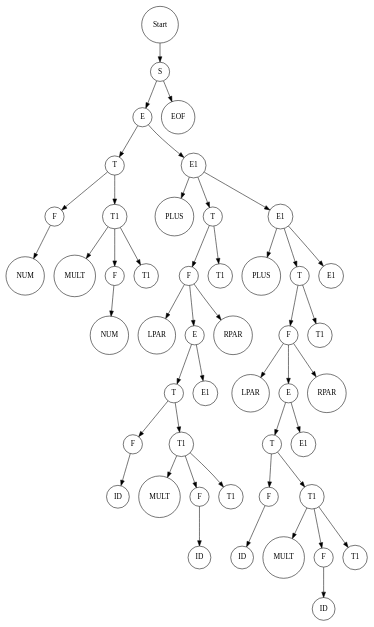
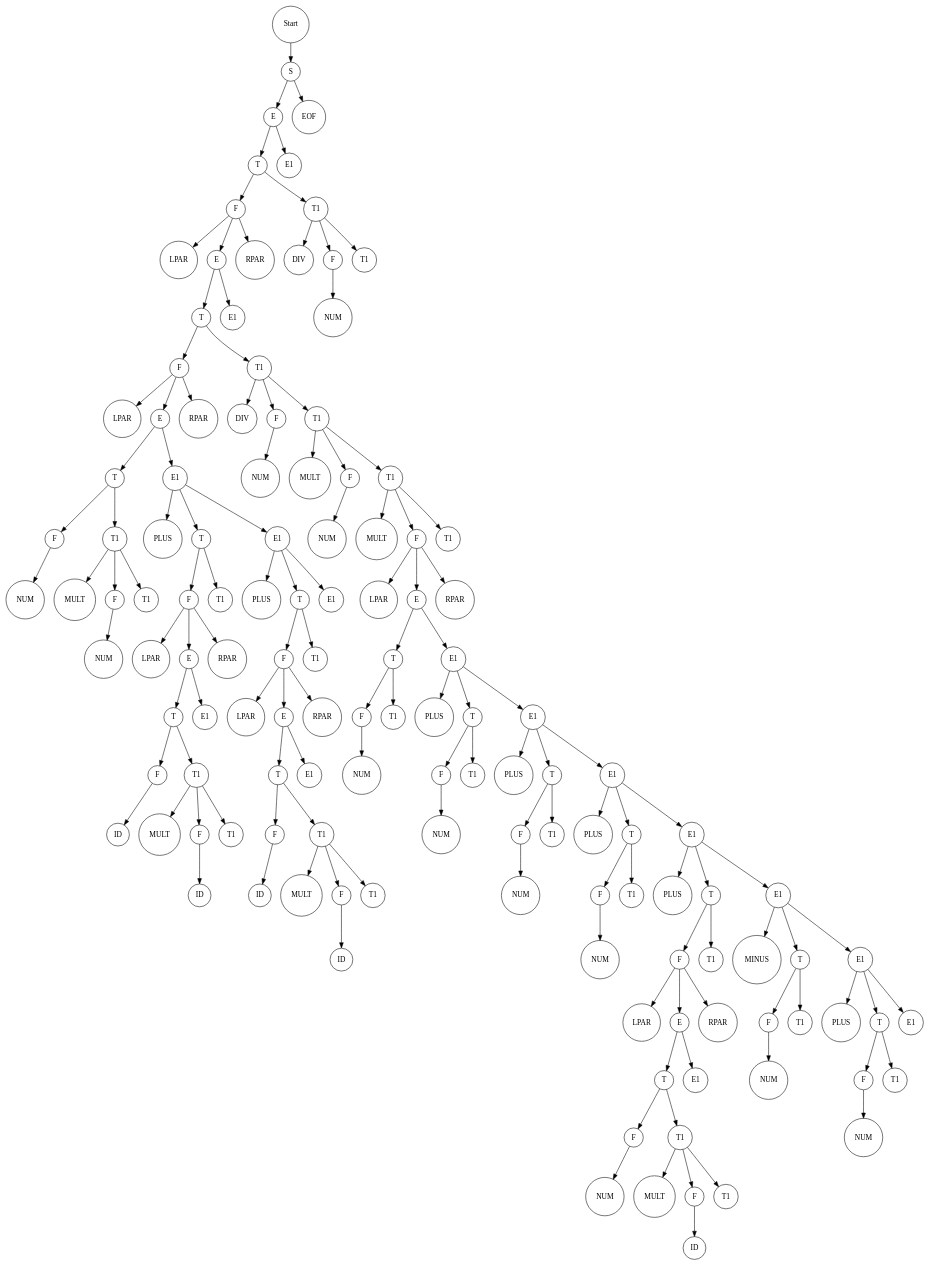
The diagram in tree.dot (GH120/JS-Compiler), drawn with Graphviz before and after one commit. The commit also changed 6 other files, not shown here.

```diff
--- a/tree.dot
+++ b/tree.dot
@@ -10,11 +10,247 @@
   node0_0_0 -> node0_0_0_0;
   node0_0_0_0_0 [label="F"];
   node0_0_0_0 -> node0_0_0_0_0;
-  node0_0_0_0_0_0 [label="NUM"];
+  node0_0_0_0_0_0 [label="LPAR"];
   node0_0_0_0_0 -> node0_0_0_0_0_0;
+  node0_0_0_0_0_1 [label="E"];
+  node0_0_0_0_0 -> node0_0_0_0_0_1;
+  node0_0_0_0_0_1_0 [label="T"];
+  node0_0_0_0_0_1 -> node0_0_0_0_0_1_0;
+  node0_0_0_0_0_1_0_0 [label="F"];
+  node0_0_0_0_0_1_0 -> node0_0_0_0_0_1_0_0;
+  node0_0_0_0_0_1_0_0_0 [label="LPAR"];
+  node0_0_0_0_0_1_0_0 -> node0_0_0_0_0_1_0_0_0;
+  node0_0_0_0_0_1_0_0_1 [label="E"];
+  node0_0_0_0_0_1_0_0 -> node0_0_0_0_0_1_0_0_1;
+  node0_0_0_0_0_1_0_0_1_0 [label="T"];
+  node0_0_0_0_0_1_0_0_1 -> node0_0_0_0_0_1_0_0_1_0;
+  node0_0_0_0_0_1_0_0_1_0_0 [label="F"];
+  node0_0_0_0_0_1_0_0_1_0 -> node0_0_0_0_0_1_0_0_1_0_0;
+  node0_0_0_0_0_1_0_0_1_0_0_0 [label="NUM"];
+  node0_0_0_0_0_1_0_0_1_0_0 -> node0_0_0_0_0_1_0_0_1_0_0_0;
+  node0_0_0_0_0_1_0_0_1_0_1 [label="T1"];
+  node0_0_0_0_0_1_0_0_1_0 -> node0_0_0_0_0_1_0_0_1_0_1;
+  node0_0_0_0_0_1_0_0_1_0_1_0 [label="MULT"];
+  node0_0_0_0_0_1_0_0_1_0_1 -> node0_0_0_0_0_1_0_0_1_0_1_0;
+  node0_0_0_0_0_1_0_0_1_0_1_1 [label="F"];
+  node0_0_0_0_0_1_0_0_1_0_1 -> node0_0_0_0_0_1_0_0_1_0_1_1;
+  node0_0_0_0_0_1_0_0_1_0_1_1_0 [label="NUM"];
+  node0_0_0_0_0_1_0_0_1_0_1_1 -> node0_0_0_0_0_1_0_0_1_0_1_1_0;
+  node0_0_0_0_0_1_0_0_1_0_1_2 [label="T1"];
+  node0_0_0_0_0_1_0_0_1_0_1 -> node0_0_0_0_0_1_0_0_1_0_1_2;
+  node0_0_0_0_0_1_0_0_1_1 [label="E1"];
+  node0_0_0_0_0_1_0_0_1 -> node0_0_0_0_0_1_0_0_1_1;
+  node0_0_0_0_0_1_0_0_1_1_0 [label="PLUS"];
+  node0_0_0_0_0_1_0_0_1_1 -> node0_0_0_0_0_1_0_0_1_1_0;
+  node0_0_0_0_0_1_0_0_1_1_1 [label="T"];
+  node0_0_0_0_0_1_0_0_1_1 -> node0_0_0_0_0_1_0_0_1_1_1;
+  node0_0_0_0_0_1_0_0_1_1_1_0 [label="F"];
+  node0_0_0_0_0_1_0_0_1_1_1 -> node0_0_0_0_0_1_0_0_1_1_1_0;
+  node0_0_0_0_0_1_0_0_1_1_1_0_0 [label="LPAR"];
+  node0_0_0_0_0_1_0_0_1_1_1_0 -> node0_0_0_0_0_1_0_0_1_1_1_0_0;
+  node0_0_0_0_0_1_0_0_1_1_1_0_1 [label="E"];
+  node0_0_0_0_0_1_0_0_1_1_1_0 -> node0_0_0_0_0_1_0_0_1_1_1_0_1;
+  node0_0_0_0_0_1_0_0_1_1_1_0_1_0 [label="T"];
+  node0_0_0_0_0_1_0_0_1_1_1_0_1 -> node0_0_0_0_0_1_0_0_1_1_1_0_1_0;
+  node0_0_0_0_0_1_0_0_1_1_1_0_1_0_0 [label="F"];
+  node0_0_0_0_0_1_0_0_1_1_1_0_1_0 -> node0_0_0_0_0_1_0_0_1_1_1_0_1_0_0;
+  node0_0_0_0_0_1_0_0_1_1_1_0_1_0_0_0 [label="ID"];
+  node0_0_0_0_0_1_0_0_1_1_1_0_1_0_0 -> node0_0_0_0_0_1_0_0_1_1_1_0_1_0_0_0;
+  node0_0_0_0_0_1_0_0_1_1_1_0_1_0_1 [label="T1"];
+  node0_0_0_0_0_1_0_0_1_1_1_0_1_0 -> node0_0_0_0_0_1_0_0_1_1_1_0_1_0_1;
+  node0_0_0_0_0_1_0_0_1_1_1_0_1_0_1_0 [label="MULT"];
+  node0_0_0_0_0_1_0_0_1_1_1_0_1_0_1 -> node0_0_0_0_0_1_0_0_1_1_1_0_1_0_1_0;
+  node0_0_0_0_0_1_0_0_1_1_1_0_1_0_1_1 [label="F"];
+  node0_0_0_0_0_1_0_0_1_1_1_0_1_0_1 -> node0_0_0_0_0_1_0_0_1_1_1_0_1_0_1_1;
+  node0_0_0_0_0_1_0_0_1_1_1_0_1_0_1_1_0 [label="ID"];
+  node0_0_0_0_0_1_0_0_1_1_1_0_1_0_1_1 -> node0_0_0_0_0_1_0_0_1_1_1_0_1_0_1_1_0;
+  node0_0_0_0_0_1_0_0_1_1_1_0_1_0_1_2 [label="T1"];
+  node0_0_0_0_0_1_0_0_1_1_1_0_1_0_1 -> node0_0_0_0_0_1_0_0_1_1_1_0_1_0_1_2;
+  node0_0_0_0_0_1_0_0_1_1_1_0_1_1 [label="E1"];
+  node0_0_0_0_0_1_0_0_1_1_1_0_1 -> node0_0_0_0_0_1_0_0_1_1_1_0_1_1;
+  node0_0_0_0_0_1_0_0_1_1_1_0_2 [label="RPAR"];
+  node0_0_0_0_0_1_0_0_1_1_1_0 -> node0_0_0_0_0_1_0_0_1_1_1_0_2;
+  node0_0_0_0_0_1_0_0_1_1_1_1 [label="T1"];
+  node0_0_0_0_0_1_0_0_1_1_1 -> node0_0_0_0_0_1_0_0_1_1_1_1;
+  node0_0_0_0_0_1_0_0_1_1_2 [label="E1"];
+  node0_0_0_0_0_1_0_0_1_1 -> node0_0_0_0_0_1_0_0_1_1_2;
+  node0_0_0_0_0_1_0_0_1_1_2_0 [label="PLUS"];
+  node0_0_0_0_0_1_0_0_1_1_2 -> node0_0_0_0_0_1_0_0_1_1_2_0;
+  node0_0_0_0_0_1_0_0_1_1_2_1 [label="T"];
+  node0_0_0_0_0_1_0_0_1_1_2 -> node0_0_0_0_0_1_0_0_1_1_2_1;
+  node0_0_0_0_0_1_0_0_1_1_2_1_0 [label="F"];
+  node0_0_0_0_0_1_0_0_1_1_2_1 -> node0_0_0_0_0_1_0_0_1_1_2_1_0;
+  node0_0_0_0_0_1_0_0_1_1_2_1_0_0 [label="LPAR"];
+  node0_0_0_0_0_1_0_0_1_1_2_1_0 -> node0_0_0_0_0_1_0_0_1_1_2_1_0_0;
+  node0_0_0_0_0_1_0_0_1_1_2_1_0_1 [label="E"];
+  node0_0_0_0_0_1_0_0_1_1_2_1_0 -> node0_0_0_0_0_1_0_0_1_1_2_1_0_1;
+  node0_0_0_0_0_1_0_0_1_1_2_1_0_1_0 [label="T"];
+  node0_0_0_0_0_1_0_0_1_1_2_1_0_1 -> node0_0_0_0_0_1_0_0_1_1_2_1_0_1_0;
+  node0_0_0_0_0_1_0_0_1_1_2_1_0_1_0_0 [label="F"];
+  node0_0_0_0_0_1_0_0_1_1_2_1_0_1_0 -> node0_0_0_0_0_1_0_0_1_1_2_1_0_1_0_0;
+  node0_0_0_0_0_1_0_0_1_1_2_1_0_1_0_0_0 [label="ID"];
+  node0_0_0_0_0_1_0_0_1_1_2_1_0_1_0_0 -> node0_0_0_0_0_1_0_0_1_1_2_1_0_1_0_0_0;
+  node0_0_0_0_0_1_0_0_1_1_2_1_0_1_0_1 [label="T1"];
+  node0_0_0_0_0_1_0_0_1_1_2_1_0_1_0 -> node0_0_0_0_0_1_0_0_1_1_2_1_0_1_0_1;
+  node0_0_0_0_0_1_0_0_1_1_2_1_0_1_0_1_0 [label="MULT"];
+  node0_0_0_0_0_1_0_0_1_1_2_1_0_1_0_1 -> node0_0_0_0_0_1_0_0_1_1_2_1_0_1_0_1_0;
+  node0_0_0_0_0_1_0_0_1_1_2_1_0_1_0_1_1 [label="F"];
+  node0_0_0_0_0_1_0_0_1_1_2_1_0_1_0_1 -> node0_0_0_0_0_1_0_0_1_1_2_1_0_1_0_1_1;
+  node0_0_0_0_0_1_0_0_1_1_2_1_0_1_0_1_1_0 [label="ID"];
+  node0_0_0_0_0_1_0_0_1_1_2_1_0_1_0_1_1 -> node0_0_0_0_0_1_0_0_1_1_2_1_0_1_0_1_1_0;
+  node0_0_0_0_0_1_0_0_1_1_2_1_0_1_0_1_2 [label="T1"];
+  node0_0_0_0_0_1_0_0_1_1_2_1_0_1_0_1 -> node0_0_0_0_0_1_0_0_1_1_2_1_0_1_0_1_2;
+  node0_0_0_0_0_1_0_0_1_1_2_1_0_1_1 [label="E1"];
+  node0_0_0_0_0_1_0_0_1_1_2_1_0_1 -> node0_0_0_0_0_1_0_0_1_1_2_1_0_1_1;
+  node0_0_0_0_0_1_0_0_1_1_2_1_0_2 [label="RPAR"];
+  node0_0_0_0_0_1_0_0_1_1_2_1_0 -> node0_0_0_0_0_1_0_0_1_1_2_1_0_2;
+  node0_0_0_0_0_1_0_0_1_1_2_1_1 [label="T1"];
+  node0_0_0_0_0_1_0_0_1_1_2_1 -> node0_0_0_0_0_1_0_0_1_1_2_1_1;
+  node0_0_0_0_0_1_0_0_1_1_2_2 [label="E1"];
+  node0_0_0_0_0_1_0_0_1_1_2 -> node0_0_0_0_0_1_0_0_1_1_2_2;
+  node0_0_0_0_0_1_0_0_2 [label="RPAR"];
+  node0_0_0_0_0_1_0_0 -> node0_0_0_0_0_1_0_0_2;
+  node0_0_0_0_0_1_0_1 [label="T1"];
+  node0_0_0_0_0_1_0 -> node0_0_0_0_0_1_0_1;
+  node0_0_0_0_0_1_0_1_0 [label="DIV"];
+  node0_0_0_0_0_1_0_1 -> node0_0_0_0_0_1_0_1_0;
+  node0_0_0_0_0_1_0_1_1 [label="F"];
+  node0_0_0_0_0_1_0_1 -> node0_0_0_0_0_1_0_1_1;
+  node0_0_0_0_0_1_0_1_1_0 [label="NUM"];
+  node0_0_0_0_0_1_0_1_1 -> node0_0_0_0_0_1_0_1_1_0;
+  node0_0_0_0_0_1_0_1_2 [label="T1"];
+  node0_0_0_0_0_1_0_1 -> node0_0_0_0_0_1_0_1_2;
+  node0_0_0_0_0_1_0_1_2_0 [label="MULT"];
+  node0_0_0_0_0_1_0_1_2 -> node0_0_0_0_0_1_0_1_2_0;
+  node0_0_0_0_0_1_0_1_2_1 [label="F"];
+  node0_0_0_0_0_1_0_1_2 -> node0_0_0_0_0_1_0_1_2_1;
+  node0_0_0_0_0_1_0_1_2_1_0 [label="NUM"];
+  node0_0_0_0_0_1_0_1_2_1 -> node0_0_0_0_0_1_0_1_2_1_0;
+  node0_0_0_0_0_1_0_1_2_2 [label="T1"];
+  node0_0_0_0_0_1_0_1_2 -> node0_0_0_0_0_1_0_1_2_2;
+  node0_0_0_0_0_1_0_1_2_2_0 [label="MULT"];
+  node0_0_0_0_0_1_0_1_2_2 -> node0_0_0_0_0_1_0_1_2_2_0;
+  node0_0_0_0_0_1_0_1_2_2_1 [label="F"];
+  node0_0_0_0_0_1_0_1_2_2 -> node0_0_0_0_0_1_0_1_2_2_1;
+  node0_0_0_0_0_1_0_1_2_2_1_0 [label="LPAR"];
+  node0_0_0_0_0_1_0_1_2_2_1 -> node0_0_0_0_0_1_0_1_2_2_1_0;
+  node0_0_0_0_0_1_0_1_2_2_1_1 [label="E"];
+  node0_0_0_0_0_1_0_1_2_2_1 -> node0_0_0_0_0_1_0_1_2_2_1_1;
+  node0_0_0_0_0_1_0_1_2_2_1_1_0 [label="T"];
+  node0_0_0_0_0_1_0_1_2_2_1_1 -> node0_0_0_0_0_1_0_1_2_2_1_1_0;
+  node0_0_0_0_0_1_0_1_2_2_1_1_0_0 [label="F"];
+  node0_0_0_0_0_1_0_1_2_2_1_1_0 -> node0_0_0_0_0_1_0_1_2_2_1_1_0_0;
+  node0_0_0_0_0_1_0_1_2_2_1_1_0_0_0 [label="NUM"];
+  node0_0_0_0_0_1_0_1_2_2_1_1_0_0 -> node0_0_0_0_0_1_0_1_2_2_1_1_0_0_0;
+  node0_0_0_0_0_1_0_1_2_2_1_1_0_1 [label="T1"];
+  node0_0_0_0_0_1_0_1_2_2_1_1_0 -> node0_0_0_0_0_1_0_1_2_2_1_1_0_1;
+  node0_0_0_0_0_1_0_1_2_2_1_1_1 [label="E1"];
+  node0_0_0_0_0_1_0_1_2_2_1_1 -> node0_0_0_0_0_1_0_1_2_2_1_1_1;
+  node0_0_0_0_0_1_0_1_2_2_1_1_1_0 [label="PLUS"];
+  node0_0_0_0_0_1_0_1_2_2_1_1_1 -> node0_0_0_0_0_1_0_1_2_2_1_1_1_0;
+  node0_0_0_0_0_1_0_1_2_2_1_1_1_1 [label="T"];
+  node0_0_0_0_0_1_0_1_2_2_1_1_1 -> node0_0_0_0_0_1_0_1_2_2_1_1_1_1;
+  node0_0_0_0_0_1_0_1_2_2_1_1_1_1_0 [label="F"];
+  node0_0_0_0_0_1_0_1_2_2_1_1_1_1 -> node0_0_0_0_0_1_0_1_2_2_1_1_1_1_0;
+  node0_0_0_0_0_1_0_1_2_2_1_1_1_1_0_0 [label="NUM"];
+  node0_0_0_0_0_1_0_1_2_2_1_1_1_1_0 -> node0_0_0_0_0_1_0_1_2_2_1_1_1_1_0_0;
+  node0_0_0_0_0_1_0_1_2_2_1_1_1_1_1 [label="T1"];
+  node0_0_0_0_0_1_0_1_2_2_1_1_1_1 -> node0_0_0_0_0_1_0_1_2_2_1_1_1_1_1;
+  node0_0_0_0_0_1_0_1_2_2_1_1_1_2 [label="E1"];
+  node0_0_0_0_0_1_0_1_2_2_1_1_1 -> node0_0_0_0_0_1_0_1_2_2_1_1_1_2;
+  node0_0_0_0_0_1_0_1_2_2_1_1_1_2_0 [label="PLUS"];
+  node0_0_0_0_0_1_0_1_2_2_1_1_1_2 -> node0_0_0_0_0_1_0_1_2_2_1_1_1_2_0;
+  node0_0_0_0_0_1_0_1_2_2_1_1_1_2_1 [label="T"];
+  node0_0_0_0_0_1_0_1_2_2_1_1_1_2 -> node0_0_0_0_0_1_0_1_2_2_1_1_1_2_1;
+  node0_0_0_0_0_1_0_1_2_2_1_1_1_2_1_0 [label="F"];
+  node0_0_0_0_0_1_0_1_2_2_1_1_1_2_1 -> node0_0_0_0_0_1_0_1_2_2_1_1_1_2_1_0;
+  node0_0_0_0_0_1_0_1_2_2_1_1_1_2_1_0_0 [label="NUM"];
+  node0_0_0_0_0_1_0_1_2_2_1_1_1_2_1_0 -> node0_0_0_0_0_1_0_1_2_2_1_1_1_2_1_0_0;
+  node0_0_0_0_0_1_0_1_2_2_1_1_1_2_1_1 [label="T1"];
+  node0_0_0_0_0_1_0_1_2_2_1_1_1_2_1 -> node0_0_0_0_0_1_0_1_2_2_1_1_1_2_1_1;
+  node0_0_0_0_0_1_0_1_2_2_1_1_1_2_2 [label="E1"];
+  node0_0_0_0_0_1_0_1_2_2_1_1_1_2 -> node0_0_0_0_0_1_0_1_2_2_1_1_1_2_2;
+  node0_0_0_0_0_1_0_1_2_2_1_1_1_2_2_0 [label="PLUS"];
+  node0_0_0_0_0_1_0_1_2_2_1_1_1_2_2 -> node0_0_0_0_0_1_0_1_2_2_1_1_1_2_2_0;
+  node0_0_0_0_0_1_0_1_2_2_1_1_1_2_2_1 [label="T"];
+  node0_0_0_0_0_1_0_1_2_2_1_1_1_2_2 -> node0_0_0_0_0_1_0_1_2_2_1_1_1_2_2_1;
+  node0_0_0_0_0_1_0_1_2_2_1_1_1_2_2_1_0 [label="F"];
+  node0_0_0_0_0_1_0_1_2_2_1_1_1_2_2_1 -> node0_0_0_0_0_1_0_1_2_2_1_1_1_2_2_1_0;
+  node0_0_0_0_0_1_0_1_2_2_1_1_1_2_2_1_0_0 [label="NUM"];
+  node0_0_0_0_0_1_0_1_2_2_1_1_1_2_2_1_0 -> node0_0_0_0_0_1_0_1_2_2_1_1_1_2_2_1_0_0;
+  node0_0_0_0_0_1_0_1_2_2_1_1_1_2_2_1_1 [label="T1"];
+  node0_0_0_0_0_1_0_1_2_2_1_1_1_2_2_1 -> node0_0_0_0_0_1_0_1_2_2_1_1_1_2_2_1_1;
+  node0_0_0_0_0_1_0_1_2_2_1_1_1_2_2_2 [label="E1"];
+  node0_0_0_0_0_1_0_1_2_2_1_1_1_2_2 -> node0_0_0_0_0_1_0_1_2_2_1_1_1_2_2_2;
+  node0_0_0_0_0_1_0_1_2_2_1_1_1_2_2_2_0 [label="PLUS"];
+  node0_0_0_0_0_1_0_1_2_2_1_1_1_2_2_2 -> node0_0_0_0_0_1_0_1_2_2_1_1_1_2_2_2_0;
+  node0_0_0_0_0_1_0_1_2_2_1_1_1_2_2_2_1 [label="T"];
+  node0_0_0_0_0_1_0_1_2_2_1_1_1_2_2_2 -> node0_0_0_0_0_1_0_1_2_2_1_1_1_2_2_2_1;
+  node0_0_0_0_0_1_0_1_2_2_1_1_1_2_2_2_1_0 [label="F"];
+  node0_0_0_0_0_1_0_1_2_2_1_1_1_2_2_2_1 -> node0_0_0_0_0_1_0_1_2_2_1_1_1_2_2_2_1_0;
+  node0_0_0_0_0_1_0_1_2_2_1_1_1_2_2_2_1_0_0 [label="LPAR"];
+  node0_0_0_0_0_1_0_1_2_2_1_1_1_2_2_2_1_0 -> node0_0_0_0_0_1_0_1_2_2_1_1_1_2_2_2_1_0_0;
+  node0_0_0_0_0_1_0_1_2_2_1_1_1_2_2_2_1_0_1 [label="E"];
+  node0_0_0_0_0_1_0_1_2_2_1_1_1_2_2_2_1_0 -> node0_0_0_0_0_1_0_1_2_2_1_1_1_2_2_2_1_0_1;
+  node0_0_0_0_0_1_0_1_2_2_1_1_1_2_2_2_1_0_1_0 [label="T"];
+  node0_0_0_0_0_1_0_1_2_2_1_1_1_2_2_2_1_0_1 -> node0_0_0_0_0_1_0_1_2_2_1_1_1_2_2_2_1_0_1_0;
+  node0_0_0_0_0_1_0_1_2_2_1_1_1_2_2_2_1_0_1_0_0 [label="F"];
+  node0_0_0_0_0_1_0_1_2_2_1_1_1_2_2_2_1_0_1_0 -> node0_0_0_0_0_1_0_1_2_2_1_1_1_2_2_2_1_0_1_0_0;
+  node0_0_0_0_0_1_0_1_2_2_1_1_1_2_2_2_1_0_1_0_0_0 [label="NUM"];
+  node0_0_0_0_0_1_0_1_2_2_1_1_1_2_2_2_1_0_1_0_0 -> node0_0_0_0_0_1_0_1_2_2_1_1_1_2_2_2_1_0_1_0_0_0;
+  node0_0_0_0_0_1_0_1_2_2_1_1_1_2_2_2_1_0_1_0_1 [label="T1"];
+  node0_0_0_0_0_1_0_1_2_2_1_1_1_2_2_2_1_0_1_0 -> node0_0_0_0_0_1_0_1_2_2_1_1_1_2_2_2_1_0_1_0_1;
+  node0_0_0_0_0_1_0_1_2_2_1_1_1_2_2_2_1_0_1_0_1_0 [label="MULT"];
+  node0_0_0_0_0_1_0_1_2_2_1_1_1_2_2_2_1_0_1_0_1 -> node0_0_0_0_0_1_0_1_2_2_1_1_1_2_2_2_1_0_1_0_1_0;
+  node0_0_0_0_0_1_0_1_2_2_1_1_1_2_2_2_1_0_1_0_1_1 [label="F"];
+  node0_0_0_0_0_1_0_1_2_2_1_1_1_2_2_2_1_0_1_0_1 -> node0_0_0_0_0_1_0_1_2_2_1_1_1_2_2_2_1_0_1_0_1_1;
+  node0_0_0_0_0_1_0_1_2_2_1_1_1_2_2_2_1_0_1_0_1_1_0 [label="ID"];
+  node0_0_0_0_0_1_0_1_2_2_1_1_1_2_2_2_1_0_1_0_1_1 -> node0_0_0_0_0_1_0_1_2_2_1_1_1_2_2_2_1_0_1_0_1_1_0;
+  node0_0_0_0_0_1_0_1_2_2_1_1_1_2_2_2_1_0_1_0_1_2 [label="T1"];
+  node0_0_0_0_0_1_0_1_2_2_1_1_1_2_2_2_1_0_1_0_1 -> node0_0_0_0_0_1_0_1_2_2_1_1_1_2_2_2_1_0_1_0_1_2;
+  node0_0_0_0_0_1_0_1_2_2_1_1_1_2_2_2_1_0_1_1 [label="E1"];
+  node0_0_0_0_0_1_0_1_2_2_1_1_1_2_2_2_1_0_1 -> node0_0_0_0_0_1_0_1_2_2_1_1_1_2_2_2_1_0_1_1;
+  node0_0_0_0_0_1_0_1_2_2_1_1_1_2_2_2_1_0_2 [label="RPAR"];
+  node0_0_0_0_0_1_0_1_2_2_1_1_1_2_2_2_1_0 -> node0_0_0_0_0_1_0_1_2_2_1_1_1_2_2_2_1_0_2;
+  node0_0_0_0_0_1_0_1_2_2_1_1_1_2_2_2_1_1 [label="T1"];
+  node0_0_0_0_0_1_0_1_2_2_1_1_1_2_2_2_1 -> node0_0_0_0_0_1_0_1_2_2_1_1_1_2_2_2_1_1;
+  node0_0_0_0_0_1_0_1_2_2_1_1_1_2_2_2_2 [label="E1"];
+  node0_0_0_0_0_1_0_1_2_2_1_1_1_2_2_2 -> node0_0_0_0_0_1_0_1_2_2_1_1_1_2_2_2_2;
+  node0_0_0_0_0_1_0_1_2_2_1_1_1_2_2_2_2_0 [label="MINUS"];
+  node0_0_0_0_0_1_0_1_2_2_1_1_1_2_2_2_2 -> node0_0_0_0_0_1_0_1_2_2_1_1_1_2_2_2_2_0;
+  node0_0_0_0_0_1_0_1_2_2_1_1_1_2_2_2_2_1 [label="T"];
+  node0_0_0_0_0_1_0_1_2_2_1_1_1_2_2_2_2 -> node0_0_0_0_0_1_0_1_2_2_1_1_1_2_2_2_2_1;
+  node0_0_0_0_0_1_0_1_2_2_1_1_1_2_2_2_2_1_0 [label="F"];
+  node0_0_0_0_0_1_0_1_2_2_1_1_1_2_2_2_2_1 -> node0_0_0_0_0_1_0_1_2_2_1_1_1_2_2_2_2_1_0;
+  node0_0_0_0_0_1_0_1_2_2_1_1_1_2_2_2_2_1_0_0 [label="NUM"];
+  node0_0_0_0_0_1_0_1_2_2_1_1_1_2_2_2_2_1_0 -> node0_0_0_0_0_1_0_1_2_2_1_1_1_2_2_2_2_1_0_0;
+  node0_0_0_0_0_1_0_1_2_2_1_1_1_2_2_2_2_1_1 [label="T1"];
+  node0_0_0_0_0_1_0_1_2_2_1_1_1_2_2_2_2_1 -> node0_0_0_0_0_1_0_1_2_2_1_1_1_2_2_2_2_1_1;
+  node0_0_0_0_0_1_0_1_2_2_1_1_1_2_2_2_2_2 [label="E1"];
+  node0_0_0_0_0_1_0_1_2_2_1_1_1_2_2_2_2 -> node0_0_0_0_0_1_0_1_2_2_1_1_1_2_2_2_2_2;
+  node0_0_0_0_0_1_0_1_2_2_1_1_1_2_2_2_2_2_0 [label="PLUS"];
+  node0_0_0_0_0_1_0_1_2_2_1_1_1_2_2_2_2_2 -> node0_0_0_0_0_1_0_1_2_2_1_1_1_2_2_2_2_2_0;
+  node0_0_0_0_0_1_0_1_2_2_1_1_1_2_2_2_2_2_1 [label="T"];
+  node0_0_0_0_0_1_0_1_2_2_1_1_1_2_2_2_2_2 -> node0_0_0_0_0_1_0_1_2_2_1_1_1_2_2_2_2_2_1;
+  node0_0_0_0_0_1_0_1_2_2_1_1_1_2_2_2_2_2_1_0 [label="F"];
+  node0_0_0_0_0_1_0_1_2_2_1_1_1_2_2_2_2_2_1 -> node0_0_0_0_0_1_0_1_2_2_1_1_1_2_2_2_2_2_1_0;
+  node0_0_0_0_0_1_0_1_2_2_1_1_1_2_2_2_2_2_1_0_0 [label="NUM"];
+  node0_0_0_0_0_1_0_1_2_2_1_1_1_2_2_2_2_2_1_0 -> node0_0_0_0_0_1_0_1_2_2_1_1_1_2_2_2_2_2_1_0_0;
+  node0_0_0_0_0_1_0_1_2_2_1_1_1_2_2_2_2_2_1_1 [label="T1"];
+  node0_0_0_0_0_1_0_1_2_2_1_1_1_2_2_2_2_2_1 -> node0_0_0_0_0_1_0_1_2_2_1_1_1_2_2_2_2_2_1_1;
+  node0_0_0_0_0_1_0_1_2_2_1_1_1_2_2_2_2_2_2 [label="E1"];
+  node0_0_0_0_0_1_0_1_2_2_1_1_1_2_2_2_2_2 -> node0_0_0_0_0_1_0_1_2_2_1_1_1_2_2_2_2_2_2;
+  node0_0_0_0_0_1_0_1_2_2_1_2 [label="RPAR"];
+  node0_0_0_0_0_1_0_1_2_2_1 -> node0_0_0_0_0_1_0_1_2_2_1_2;
+  node0_0_0_0_0_1_0_1_2_2_2 [label="T1"];
+  node0_0_0_0_0_1_0_1_2_2 -> node0_0_0_0_0_1_0_1_2_2_2;
+  node0_0_0_0_0_1_1 [label="E1"];
+  node0_0_0_0_0_1 -> node0_0_0_0_0_1_1;
+  node0_0_0_0_0_2 [label="RPAR"];
+  node0_0_0_0_0 -> node0_0_0_0_0_2;
   node0_0_0_0_1 [label="T1"];
   node0_0_0_0 -> node0_0_0_0_1;
-  node0_0_0_0_1_0 [label="MULT"];
+  node0_0_0_0_1_0 [label="DIV"];
   node0_0_0_0_1 -> node0_0_0_0_1_0;
   node0_0_0_0_1_1 [label="F"];
   node0_0_0_0_1 -> node0_0_0_0_1_1;
@@ -24,74 +260,6 @@
   node0_0_0_0_1 -> node0_0_0_0_1_2;
   node0_0_0_1 [label="E1"];
   node0_0_0 -> node0_0_0_1;
-  node0_0_0_1_0 [label="PLUS"];
-  node0_0_0_1 -> node0_0_0_1_0;
-  node0_0_0_1_1 [label="T"];
-  node0_0_0_1 -> node0_0_0_1_1;
-  node0_0_0_1_1_0 [label="F"];
-  node0_0_0_1_1 -> node0_0_0_1_1_0;
-  node0_0_0_1_1_0_0 [label="LPAR"];
-  node0_0_0_1_1_0 -> node0_0_0_1_1_0_0;
-  node0_0_0_1_1_0_1 [label="E"];
-  node0_0_0_1_1_0 -> node0_0_0_1_1_0_1;
-  node0_0_0_1_1_0_1_0 [label="T"];
-  node0_0_0_1_1_0_1 -> node0_0_0_1_1_0_1_0;
-  node0_0_0_1_1_0_1_0_0 [label="F"];
-  node0_0_0_1_1_0_1_0 -> node0_0_0_1_1_0_1_0_0;
-  node0_0_0_1_1_0_1_0_0_0 [label="ID"];
-  node0_0_0_1_1_0_1_0_0 -> node0_0_0_1_1_0_1_0_0_0;
-  node0_0_0_1_1_0_1_0_1 [label="T1"];
-  node0_0_0_1_1_0_1_0 -> node0_0_0_1_1_0_1_0_1;
-  node0_0_0_1_1_0_1_0_1_0 [label="MULT"];
-  node0_0_0_1_1_0_1_0_1 -> node0_0_0_1_1_0_1_0_1_0;
-  node0_0_0_1_1_0_1_0_1_1 [label="F"];
-  node0_0_0_1_1_0_1_0_1 -> node0_0_0_1_1_0_1_0_1_1;
-  node0_0_0_1_1_0_1_0_1_1_0 [label="ID"];
-  node0_0_0_1_1_0_1_0_1_1 -> node0_0_0_1_1_0_1_0_1_1_0;
-  node0_0_0_1_1_0_1_0_1_2 [label="T1"];
-  node0_0_0_1_1_0_1_0_1 -> node0_0_0_1_1_0_1_0_1_2;
-  node0_0_0_1_1_0_1_1 [label="E1"];
-  node0_0_0_1_1_0_1 -> node0_0_0_1_1_0_1_1;
-  node0_0_0_1_1_0_2 [label="RPAR"];
-  node0_0_0_1_1_0 -> node0_0_0_1_1_0_2;
-  node0_0_0_1_1_1 [label="T1"];
-  node0_0_0_1_1 -> node0_0_0_1_1_1;
-  node0_0_0_1_2 [label="E1"];
-  node0_0_0_1 -> node0_0_0_1_2;
-  node0_0_0_1_2_0 [label="PLUS"];
-  node0_0_0_1_2 -> node0_0_0_1_2_0;
-  node0_0_0_1_2_1 [label="T"];
-  node0_0_0_1_2 -> node0_0_0_1_2_1;
-  node0_0_0_1_2_1_0 [label="F"];
-  node0_0_0_1_2_1 -> node0_0_0_1_2_1_0;
-  node0_0_0_1_2_1_0_0 [label="LPAR"];
-  node0_0_0_1_2_1_0 -> node0_0_0_1_2_1_0_0;
-  node0_0_0_1_2_1_0_1 [label="E"];
-  node0_0_0_1_2_1_0 -> node0_0_0_1_2_1_0_1;
-  node0_0_0_1_2_1_0_1_0 [label="T"];
-  node0_0_0_1_2_1_0_1 -> node0_0_0_1_2_1_0_1_0;
-  node0_0_0_1_2_1_0_1_0_0 [label="F"];
-  node0_0_0_1_2_1_0_1_0 -> node0_0_0_1_2_1_0_1_0_0;
-  node0_0_0_1_2_1_0_1_0_0_0 [label="ID"];
-  node0_0_0_1_2_1_0_1_0_0 -> node0_0_0_1_2_1_0_1_0_0_0;
-  node0_0_0_1_2_1_0_1_0_1 [label="T1"];
-  node0_0_0_1_2_1_0_1_0 -> node0_0_0_1_2_1_0_1_0_1;
-  node0_0_0_1_2_1_0_1_0_1_0 [label="MULT"];
-  node0_0_0_1_2_1_0_1_0_1 -> node0_0_0_1_2_1_0_1_0_1_0;
-  node0_0_0_1_2_1_0_1_0_1_1 [label="F"];
-  node0_0_0_1_2_1_0_1_0_1 -> node0_0_0_1_2_1_0_1_0_1_1;
-  node0_0_0_1_2_1_0_1_0_1_1_0 [label="ID"];
-  node0_0_0_1_2_1_0_1_0_1_1 -> node0_0_0_1_2_1_0_1_0_1_1_0;
-  node0_0_0_1_2_1_0_1_0_1_2 [label="T1"];
-  node0_0_0_1_2_1_0_1_0_1 -> node0_0_0_1_2_1_0_1_0_1_2;
-  node0_0_0_1_2_1_0_1_1 [label="E1"];
-  node0_0_0_1_2_1_0_1 -> node0_0_0_1_2_1_0_1_1;
-  node0_0_0_1_2_1_0_2 [label="RPAR"];
-  node0_0_0_1_2_1_0 -> node0_0_0_1_2_1_0_2;
-  node0_0_0_1_2_1_1 [label="T1"];
-  node0_0_0_1_2_1 -> node0_0_0_1_2_1_1;
-  node0_0_0_1_2_2 [label="E1"];
-  node0_0_0_1_2 -> node0_0_0_1_2_2;
   node0_0_1 [label="EOF"];
   node0_0 -> node0_0_1;
         }
```
